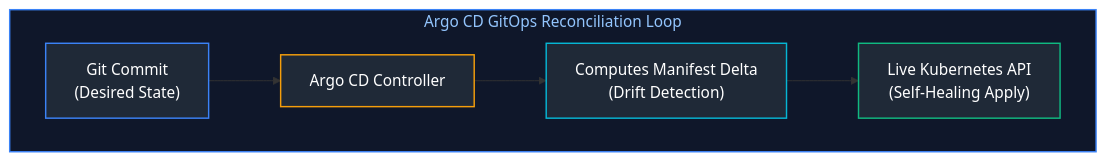
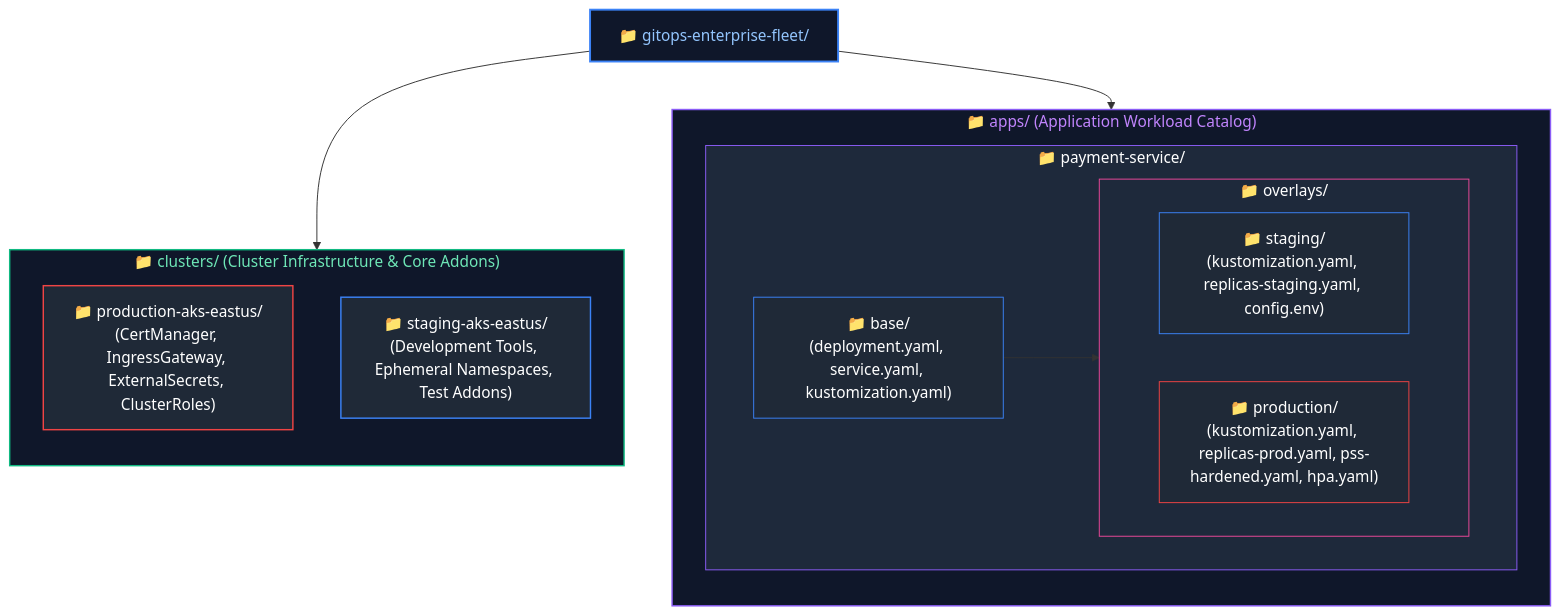
Before and after one commit to joydeep-biswas/Interview-Preparation: the ninth of 10 diagrams in Cloud Engineering/08_containers_kubernetes_and_gitops.md, drawn with Mermaid. The commit also changed other lines of this file and 143 other files, not shown here.

````diff
--- a/Cloud Engineering/08_containers_kubernetes_and_gitops.md
+++ b/Cloud Engineering/08_containers_kubernetes_and_gitops.md
@@ -426,15 +849,36 @@
 ```mermaid
-flowchart LR
-    subgraph GitOpsReconcile ["Argo CD GitOps Reconciliation Loop"]
-        direction LR
-        Git["Git Commit<br/>(Desired State)"] --> Argo["Argo CD Controller"]
-        Argo --> Delta["Computes Manifest Delta<br/>(Drift Detection)"]
-        Delta --> K8sAPI["Live Kubernetes API<br/>(Self-Healing Apply)"]
+flowchart TD
+    RepoRoot["📁 gitops-enterprise-fleet/"]
+
+    subgraph ClustersBranch ["📁 clusters/ (Cluster Infrastructure & Core Addons)"]
+        direction TB
+        C_Prod["📁 production-aks-eastus/<br/>(CertManager, IngressGateway, ExternalSecrets, ClusterRoles)"]
+        C_Staging["📁 staging-aks-eastus/<br/>(Development Tools, Ephemeral Namespaces, Test Addons)"]
     end
 
-    style GitOpsReconcile fill:#0f172a,stroke:#3b82f6,stroke-width:1.5px,color:#93c5fd
-    style Git fill:#1f2937,stroke:#3b82f6,stroke-width:1.5px,color:#fff
-    style Argo fill:#1f2937,stroke:#f59e0b,stroke-width:1.5px,color:#fff
-    style Delta fill:#1f2937,stroke:#06b6d4,stroke-width:1.5px,color:#fff
-    style K8sAPI fill:#1f2937,stroke:#10b981,stroke-width:1.5px,color:#fff
+    subgraph AppsBranch ["📁 apps/ (Application Workload Catalog)"]
+        direction TB
+        subgraph PaymentApp ["📁 payment-service/"]
+            Base["📁 base/<br/>(deployment.yaml, service.yaml, kustomization.yaml)"]
+            subgraph Overlays ["📁 overlays/"]
+                O_Staging["📁 staging/<br/>(kustomization.yaml, replicas-staging.yaml, config.env)"]
+                O_Prod["📁 production/<br/>(kustomization.yaml, replicas-prod.yaml, pss-hardened.yaml, hpa.yaml)"]
+            end
+        end
+    end
+
+    RepoRoot --> ClustersBranch
+    RepoRoot --> AppsBranch
+    Base --> Overlays
+
+    style RepoRoot fill:#0f172a,stroke:#3b82f6,stroke-width:2px,color:#93c5fd
+    style ClustersBranch fill:#0f172a,stroke:#10b981,stroke-width:1.5px,color:#6ee7b7
+    style AppsBranch fill:#0f172a,stroke:#8b5cf6,stroke-width:1.5px,color:#c084fc
+    style PaymentApp fill:#1e293b,stroke:#8b5cf6,stroke-width:1px,color:#fff
+    style Base fill:#1f2937,stroke:#3b82f6,stroke-width:1px,color:#fff
+    style Overlays fill:#1e293b,stroke:#ec4899,stroke-width:1px,color:#fff
+    style C_Prod fill:#1f2937,stroke:#ef4444,stroke-width:1.5px,color:#fff
+    style C_Staging fill:#1f2937,stroke:#3b82f6,stroke-width:1.5px,color:#fff
+    style O_Staging fill:#1f2937,stroke:#3b82f6,stroke-width:1px,color:#fff
+    style O_Prod fill:#1f2937,stroke:#ef4444,stroke-width:1px,color:#fff
 ```
````
